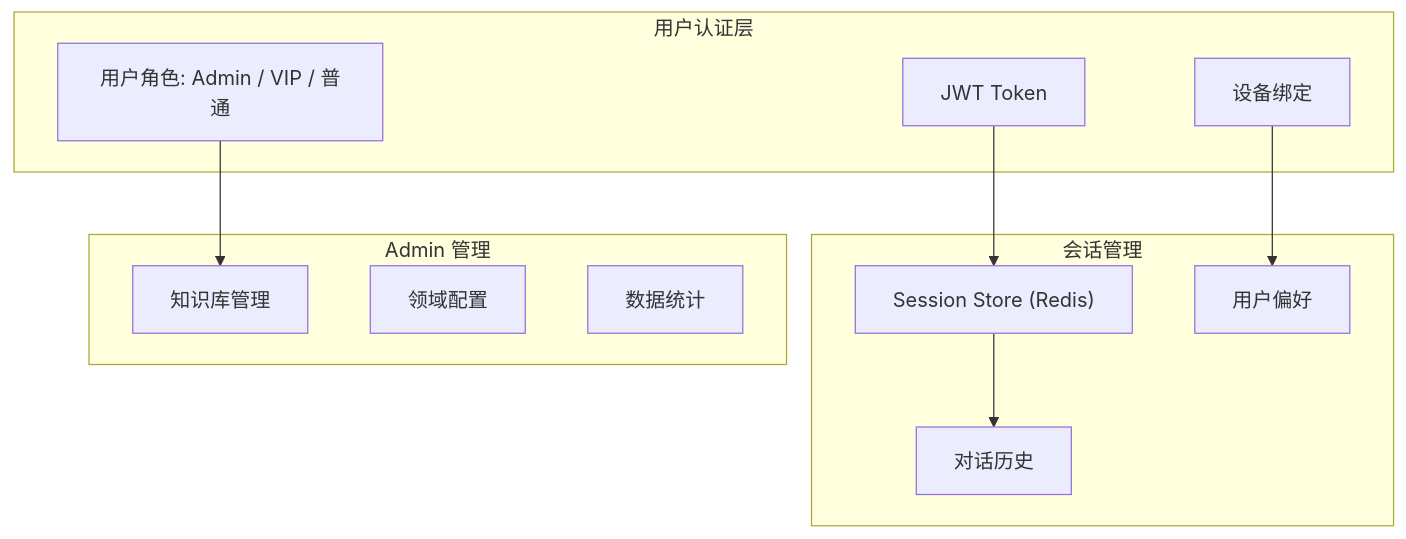
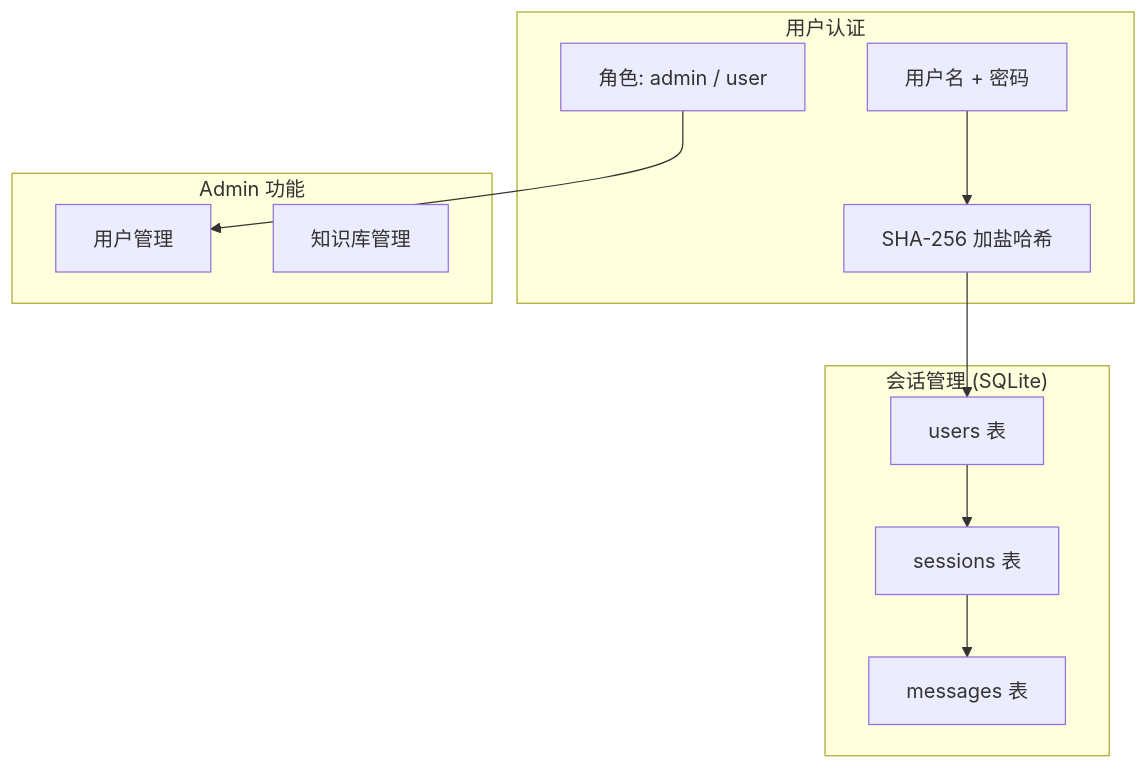
The second of 6 diagrams in README.md (EffortsToTheBald/ai-agent), drawn with Mermaid before and after one commit. The commit also changed other lines of this file and 6 other files, not shown here.

````diff
--- a/README.md
+++ b/README.md
@@ -285,25 +313,25 @@
 ```mermaid
 flowchart TD
-    subgraph Auth["用户认证层"]
-        A1["JWT Token"]
-        A2["用户角色: Admin / VIP / 普通"]
-        A3["设备绑定"]
+    subgraph Auth["用户认证"]
+        A1["用户名 + 密码"]
+        A2["SHA-256 加盐哈希"]
+        A3["角色: admin / user"]
     end
 
-    subgraph Session["会话管理"]
-        S1["Session Store (Redis)"]
-        S2["对话历史"]
-        S3["用户偏好"]
+    subgraph Session["会话管理 (SQLite)"]
+        S1["users 表"]
+        S2["sessions 表"]
+        S3["messages 表"]
     end
 
-    subgraph Admin["Admin 管理"]
-        AD1["知识库管理"]
-        AD2["领域配置"]
-        AD3["数据统计"]
+    subgraph Admin["Admin 功能"]
+        AD1["用户管理"]
+        AD2["知识库管理"]
     end
 
-    A1 --> S1
-    A2 --> AD1
-    A3 --> S3
+    A1 --> A2
+    A2 --> S1
+    A3 --> AD1
     S1 --> S2
+    S2 --> S3
 ```
````
